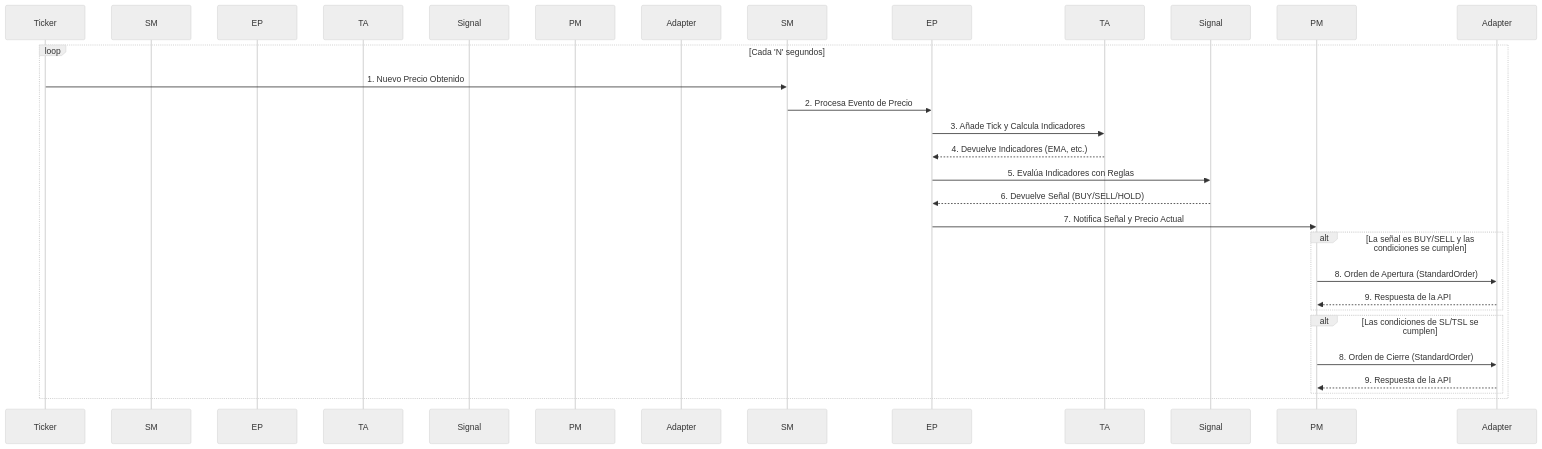
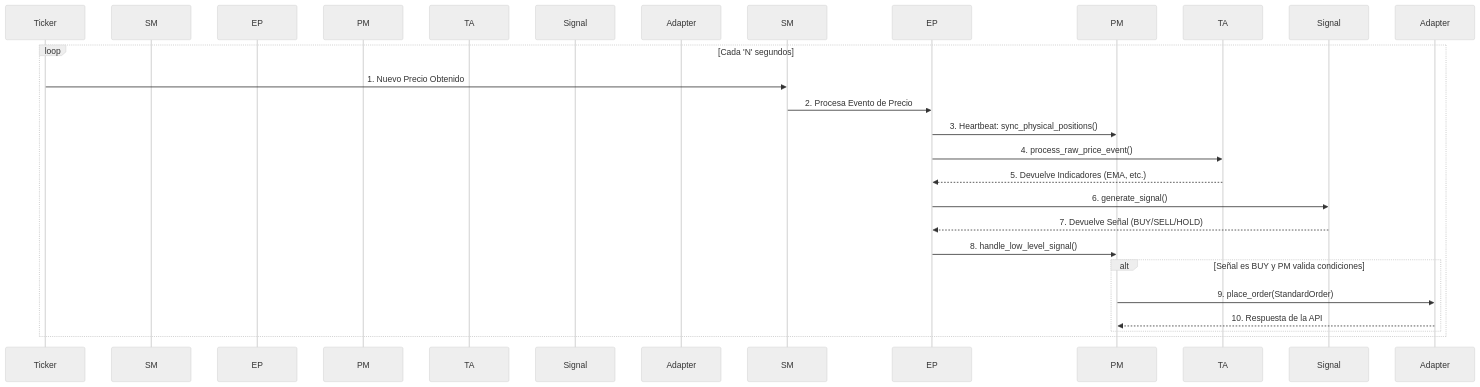
Before and after one commit to zantgo/bybit-futures-bot: the second of 4 diagrams in README.md, drawn with Mermaid (neutral theme). The commit also changed other lines of this file, not shown here.

````diff
--- a/README.md
+++ b/README.md
@@ -85,33 +102,30 @@
 ```mermaid
 sequenceDiagram
     participant Ticker
     participant SessionManager as SM
     participant EventProcessor as EP
+    participant PositionManager as PM
     participant TAManager as TA
     participant SignalGenerator as Signal
-    participant PositionManager as PM
     participant ExchangeAdapter as Adapter
 
     loop Cada 'N' segundos
         Ticker->>SM: 1. Nuevo Precio Obtenido
         SM->>EP: 2. Procesa Evento de Precio
         
-        EP->>TA: 3. Añade Tick y Calcula Indicadores
-        TA-->>EP: 4. Devuelve Indicadores (EMA, etc.)
+        EP->>PM: 3. Heartbeat: sync_physical_positions()
         
-        EP->>Signal: 5. Evalúa Indicadores con Reglas
-        Signal-->>EP: 6. Devuelve Señal (BUY/SELL/HOLD)
+        EP->>TA: 4. process_raw_price_event()
+        TA-->>EP: 5. Devuelve Indicadores (EMA, etc.)
         
-        EP->>PM: 7. Notifica Señal y Precio Actual
+        EP->>Signal: 6. generate_signal()
+        Signal-->>EP: 7. Devuelve Señal (BUY/SELL/HOLD)
         
-        alt La señal es BUY/SELL y las condiciones se cumplen
-            PM->>Adapter: 8. Orden de Apertura (StandardOrder)
-            Adapter-->>PM: 9. Respuesta de la API
-        end
-
-        alt Las condiciones de SL/TSL se cumplen
-            PM->>Adapter: 8. Orden de Cierre (StandardOrder)
-            Adapter-->>PM: 9. Respuesta de la API
+        EP->>PM: 8. handle_low_level_signal()
+        
+        alt Señal es BUY y PM valida condiciones
+            PM->>Adapter: 9. place_order(StandardOrder)
+            Adapter-->>PM: 10. Respuesta de la API
         end
     end
 ```
````
